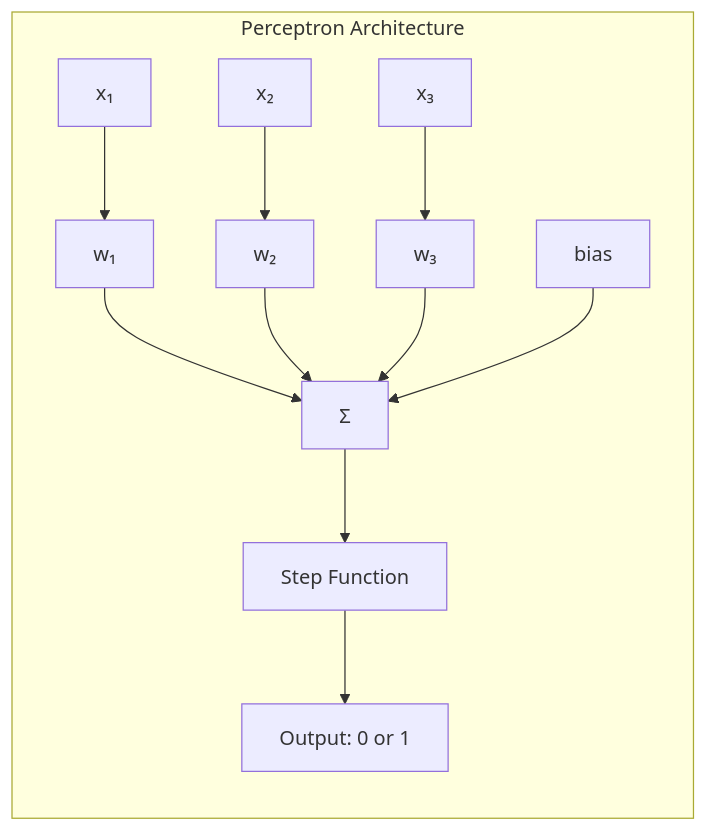
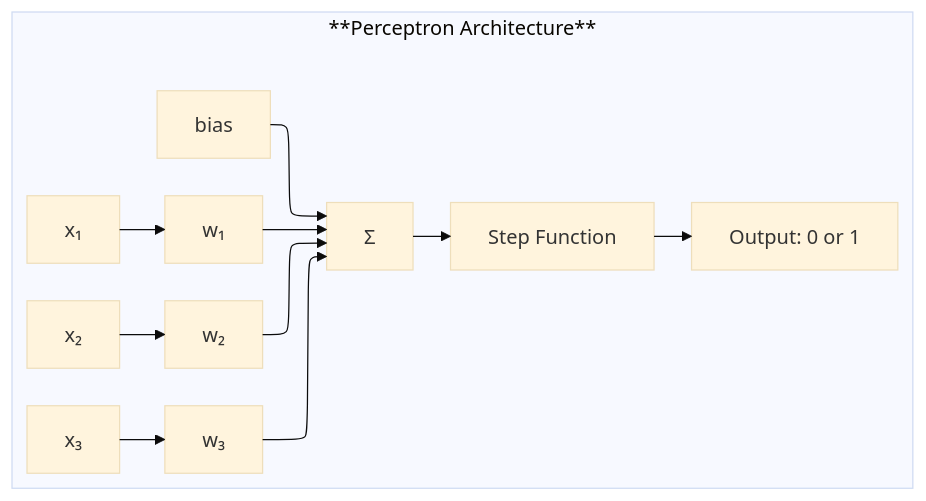
The second of 5 diagrams in The 2026 AI Metromap/The 2026 AI Metromap: Neural Network Architecture – From Perceptron to MLP.md (Vineet-Sharma-Medium-Stories/Medium-Build-Tool), drawn with Mermaid before and after one commit. The commit also changed other lines of this file and 37 other files, not shown here.

````diff
--- a/The 2026 AI Metromap/The 2026 AI Metromap: Neural Network Architecture – From Perceptron to MLP.md
+++ b/The 2026 AI Metromap/The 2026 AI Metromap: Neural Network Architecture – From Perceptron to MLP.md
@@ -102,14 +108,19 @@
 ```mermaid
+---
+config:
+  theme: base
+  layout: elk
+---
 graph LR
-    subgraph "Perceptron Architecture"
+    subgraph "**Perceptron Architecture**"
         X1[x₁] --> W1[w₁]
         X2[x₂] --> W2[w₂]
         X3[x₃] --> W3[w₃]
         W1 --> S[Σ]
         W2 --> S
         W3 --> S
         B[bias] --> S
         S --> A[Step Function]
         A --> Y[Output: 0 or 1]
     end
 ```
````
